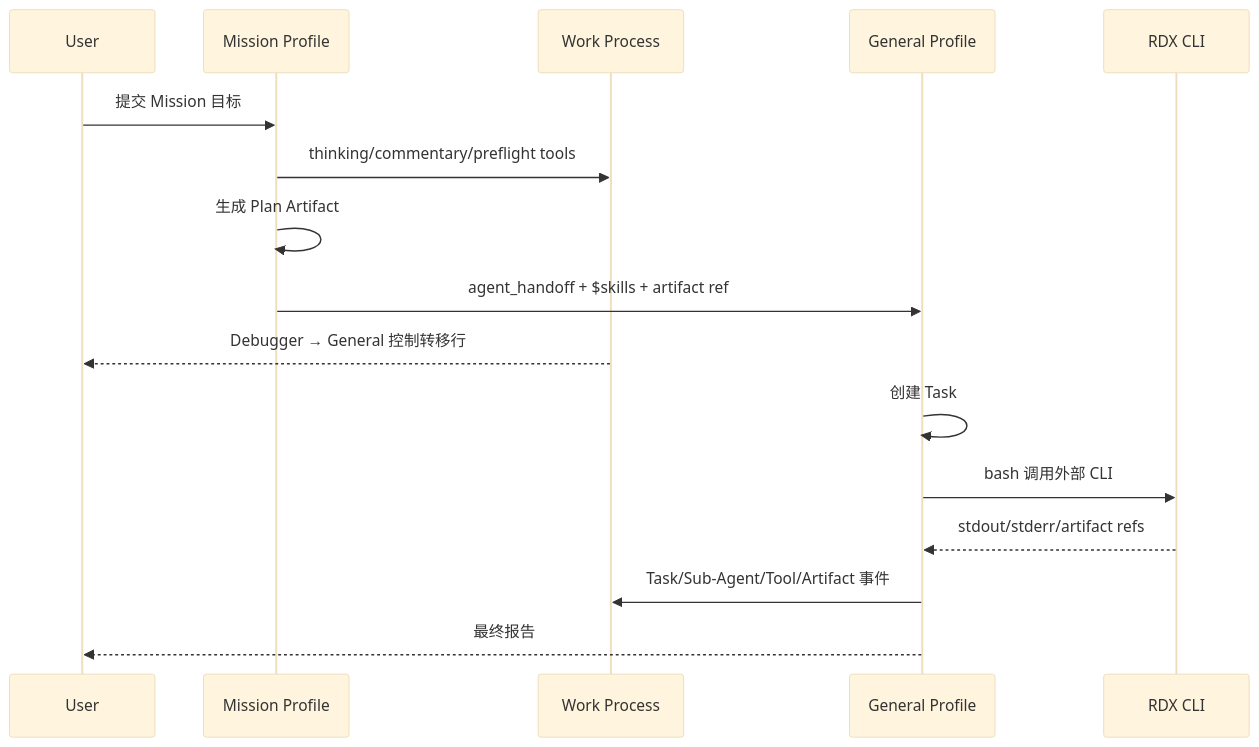
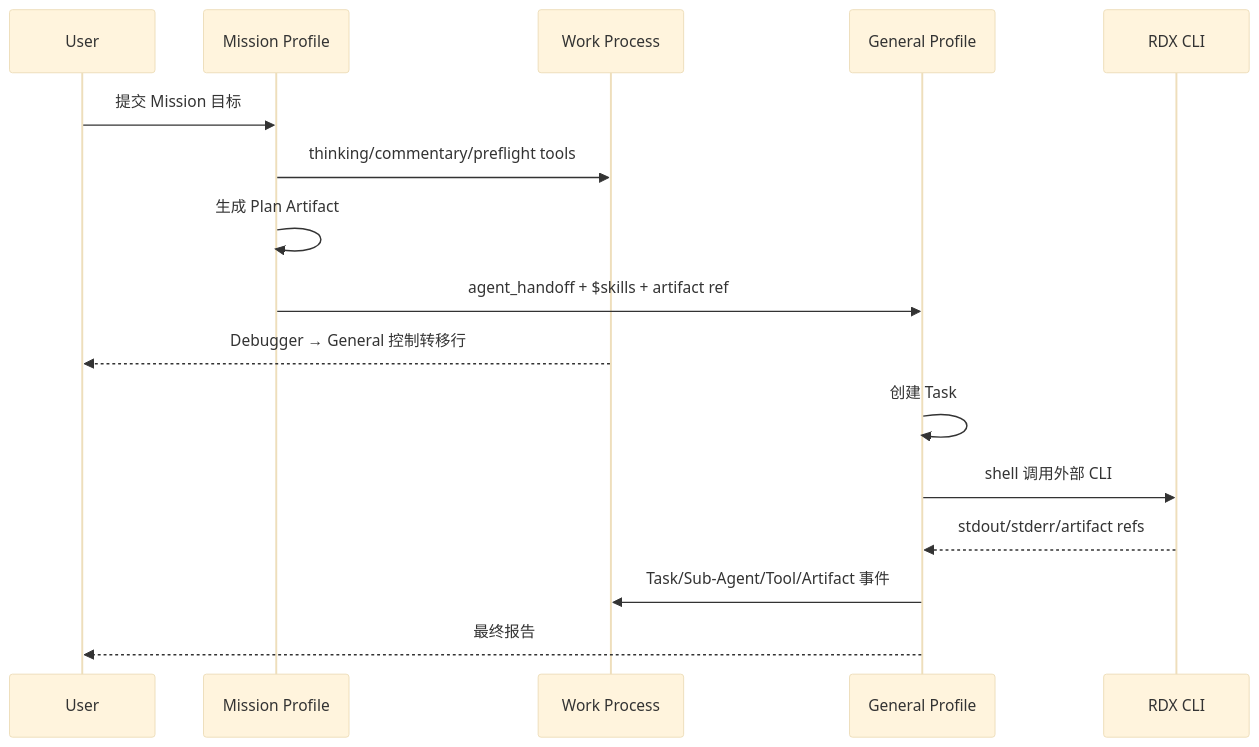
One commit to haolange/RDC-Agent changed the third of 3 diagrams in docs/product/renderdoc-agent-complete-design.md. Above: the diagram before and after it, drawn with Mermaid (base theme). The commit also changed other lines of this file and 236 other files, not shown here.

````diff
--- a/docs/product/renderdoc-agent-complete-design.md
+++ b/docs/product/renderdoc-agent-complete-design.md
@@ -1416,19 +1416,19 @@
 ```mermaid
 sequenceDiagram
   participant U as User
   participant M as Mission Profile
   participant W as Work Process
   participant G as General Profile
   participant R as RDX CLI
 
   U->>M: 提交 Mission 目标
   M->>W: thinking/commentary/preflight tools
   M->>M: 生成 Plan Artifact
   M->>G: agent_handoff + $skills + artifact ref
   W-->>U: Debugger → General 控制转移行
   G->>G: 创建 Task
-  G->>R: bash 调用外部 CLI
+  G->>R: shell 调用外部 CLI
   R-->>G: stdout/stderr/artifact refs
   G->>W: Task/Sub-Agent/Tool/Artifact 事件
   G-->>U: 最终报告
 ```
````
